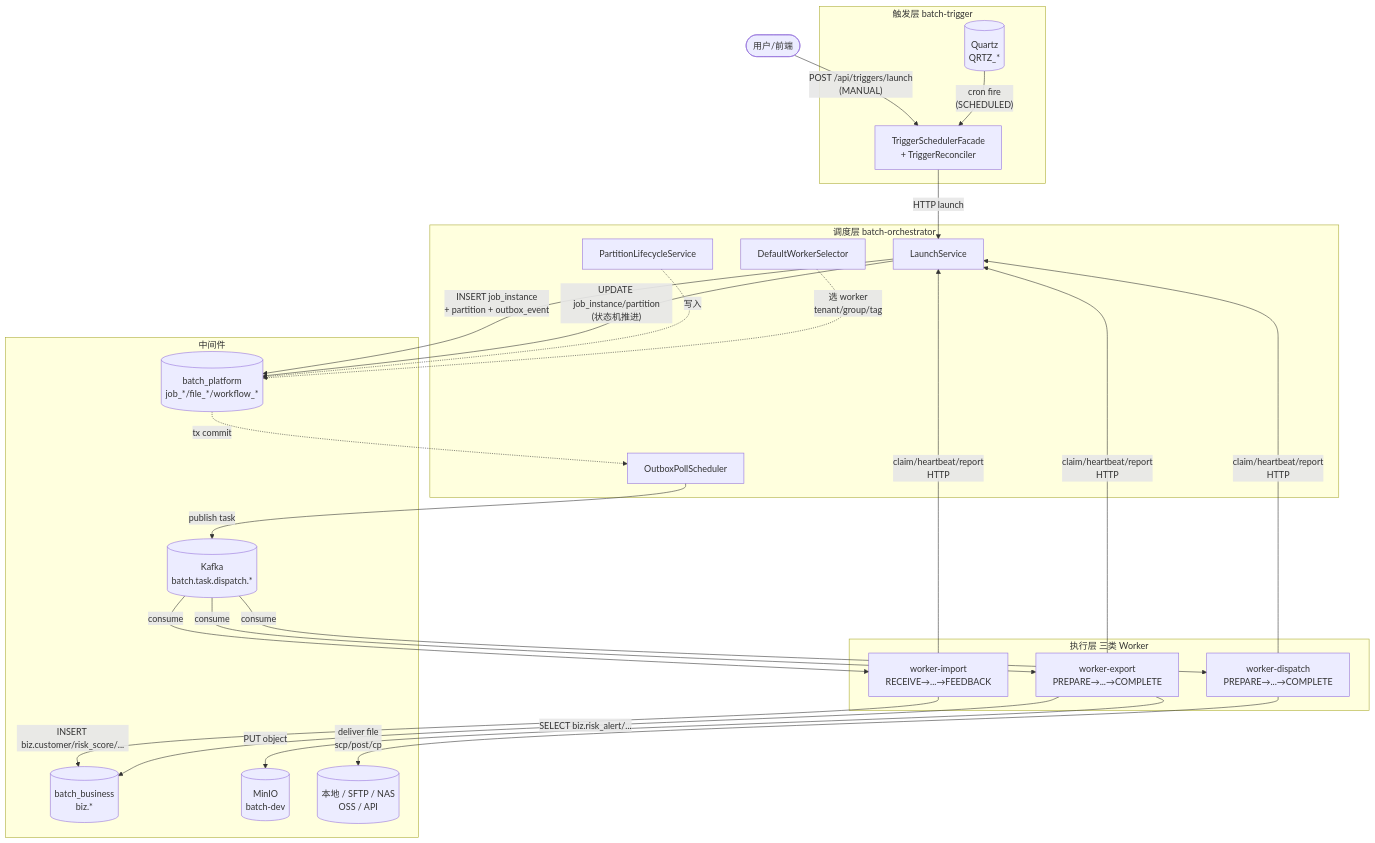
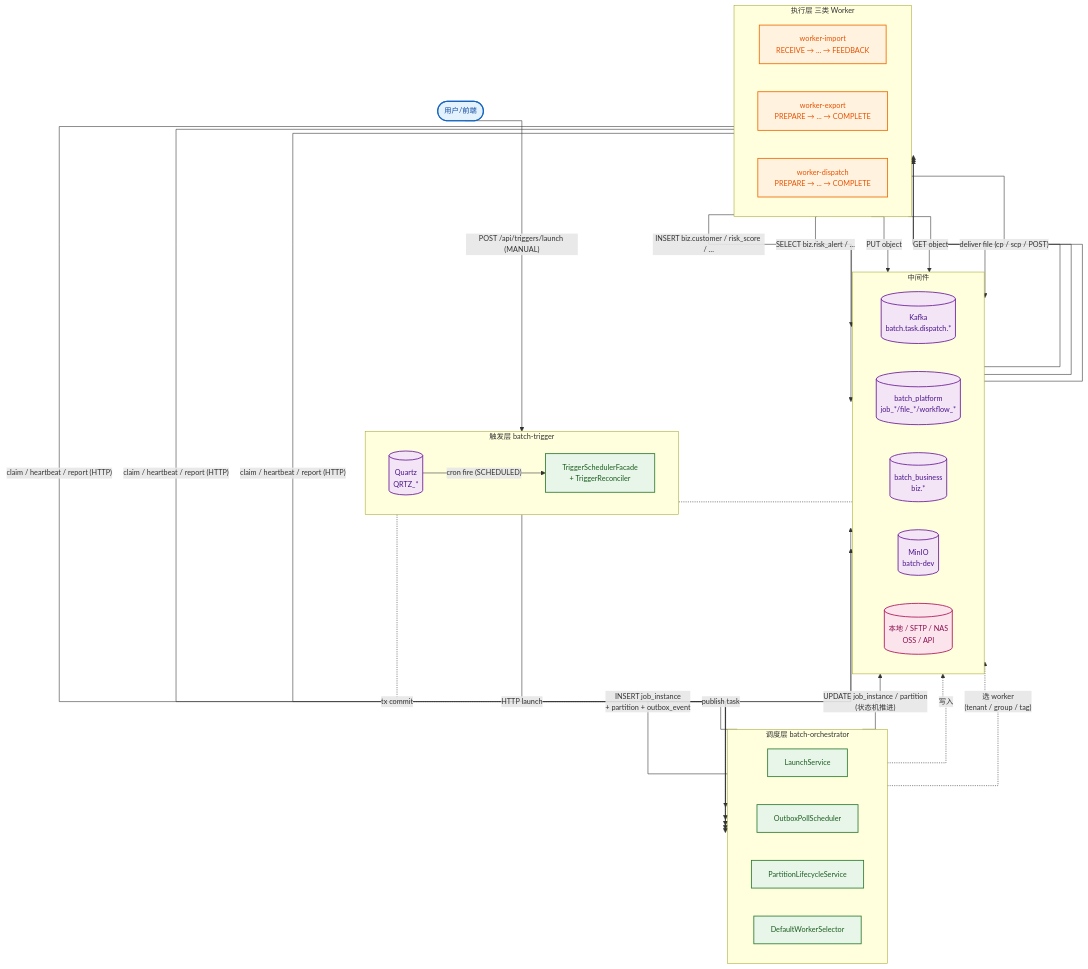
The first of 10 diagrams in docs/architecture/system-flow-overview.md (pinpols/file-batch-system), drawn with Mermaid before and after one commit. The commit also changed other lines of this file, not shown here.

Commit message:
docs(architecture): system-flow §1 总览图美化（直角折线 + 配色）
把 §1 那张 mermaid flowchart 调成更易读的版本：

- 连线风格：默认曲线 (basis) -> 直角折线 (curve: stepAfter)，更工程图风格
- 节点配色：按角色分 5 类 classDef
  · user (蓝): 用户/前端入口
  · svc (绿): 触发/调度服务
  · worker (橙): 三类执行 worker
  · store (紫): Kafka / DB / MinIO 等内部存储
  · extern (粉): 本地/SFTP/NAS/OSS/API 外部 target
- 字号 13px、节点间距 50px、层间距 60px，整体更紧凑可读
- 4 个 subgraph (触发层/调度层/中间件/执行层) 内部用 direction LR 把同类节点摆在
  一行，整图层次更清楚
- 边按用途分组（触发链路 / outbox 落库 / Kafka 分发 / Worker 上报 / 数据落地），
  注释分割提升可维护性
- 顺手补一条 worker-dispatch 从 MinIO GET 的反向边（之前漏画）
- worker label 中的 → 用双引号包起来，避开 mermaid linter 误报

§2 stage 流程图里 R3 的 label 同样加引号修 linter 报错。

````diff
--- a/docs/architecture/system-flow-overview.md
+++ b/docs/architecture/system-flow-overview.md
@@ -10,51 +10,71 @@
 ```mermaid
+%%{init: {'flowchart': {'curve': 'stepAfter', 'nodeSpacing': 50, 'rankSpacing': 60, 'htmlLabels': true}, 'themeVariables': {'fontSize': '13px'}}}%%
 flowchart TB
+  USER([用户/前端]):::user
+
   subgraph 触发层 [触发层 batch-trigger]
-    Q[(Quartz<br/>QRTZ_*)]
-    T[TriggerSchedulerFacade<br/>+ TriggerReconciler]
+    direction LR
+    Q[(Quartz<br/>QRTZ_*)]:::store
+    T[TriggerSchedulerFacade<br/>+ TriggerReconciler]:::svc
   end
 
   subgraph 调度层 [调度层 batch-orchestrator]
-    LS[LaunchService]
-    OUT[OutboxPollScheduler]
-    PA[PartitionLifecycleService]
-    SEL[DefaultWorkerSelector]
+    direction LR
+    LS[LaunchService]:::svc
+    OUT[OutboxPollScheduler]:::svc
+    PA[PartitionLifecycleService]:::svc
+    SEL[DefaultWorkerSelector]:::svc
+  end
+
+  subgraph 中间件 [中间件]
+    direction LR
+    K[(Kafka<br/>batch.task.dispatch.*)]:::store
+    P[(batch_platform<br/>job_*/file_*/workflow_*)]:::store
+    BIZ[(batch_business<br/>biz.*)]:::store
+    M[(MinIO<br/>batch-dev)]:::store
+    FS[(本地 / SFTP / NAS<br/>OSS / API)]:::extern
   end
 
   subgraph 执行层 [执行层 三类 Worker]
-    WI[worker-import<br/>RECEIVE→...→FEEDBACK]
-    WE[worker-export<br/>PREPARE→...→COMPLETE]
-    WD[worker-dispatch<br/>PREPARE→...→COMPLETE]
+    direction LR
+    WI["worker-import<br/>RECEIVE → ... → FEEDBACK"]:::worker
+    WE["worker-export<br/>PREPARE → ... → COMPLETE"]:::worker
+    WD["worker-dispatch<br/>PREPARE → ... → COMPLETE"]:::worker
   end
 
-  subgraph 中间件
-    K[(Kafka<br/>batch.task.dispatch.*)]
-    P[(batch_platform<br/>job_*/file_*/workflow_*)]
-    BIZ[(batch_business<br/>biz.*)]
-    M[(MinIO<br/>batch-dev)]
-    FS[(本地 / SFTP / NAS<br/>OSS / API)]
-  end
+  %% ── 触发链路 ───────────────────────────
+  USER -- "POST /api/triggers/launch (MANUAL)" --> T
+  Q    -- "cron fire (SCHEDULED)"             --> T
+  T    -- "HTTP launch"                       --> LS
 
-  USER([用户/前端]) -- "POST /api/triggers/launch<br/>(MANUAL)" --> T
-  Q -- "cron fire<br/>(SCHEDULED)" --> T
-  T -- "HTTP launch" --> LS
-  LS -- "INSERT job_instance<br/>+ partition + outbox_event" --> P
-  P -. "tx commit" .-> OUT
-  OUT -- "publish task" --> K
-  K -- "consume" --> WI
-  K -- "consume" --> WE
-  K -- "consume" --> WD
+  %% ── 调度落库 + 出 outbox ────────────────
+  LS  -- "INSERT job_instance<br/>+ partition + outbox_event"     --> P
+  P   -. "tx commit"                                              .-> OUT
+  OUT -- "publish task"                                           --> K
 
-  WI -- "claim/heartbeat/report<br/>HTTP" --> LS
-  WE -- "claim/heartbeat/report<br/>HTTP" --> LS
-  WD -- "claim/heartbeat/report<br/>HTTP" --> LS
+  %% ── Kafka 分发到 worker ─────────────────
+  K --> WI
+  K --> WE
+  K --> WD
 
-  WI -- "INSERT biz.customer/risk_score/..." --> BIZ
-  WE -- "SELECT biz.risk_alert/..." --> BIZ
-  WE -- "PUT object" --> M
-  WD -- "deliver file<br/>scp/post/cp" --> FS
+  %% ── Worker 上报与状态推进 ───────────────
+  WI -- "claim / heartbeat / report (HTTP)" --> LS
+  WE -- "claim / heartbeat / report (HTTP)" --> LS
+  WD -- "claim / heartbeat / report (HTTP)" --> LS
+  LS -- "UPDATE job_instance / partition<br/>(状态机推进)" --> P
+  PA -. "写入" .-> P
+  SEL -. "选 worker<br/>(tenant / group / tag)" .-> P
 
-  LS -- "UPDATE job_instance/partition<br/>(状态机推进)" --> P
-  PA -. 写入 .-> P
-  SEL -. "选 worker<br/>tenant/group/tag" .-> P
+  %% ── Worker 数据落地 ─────────────────────
+  WI -- "INSERT biz.customer / risk_score / …" --> BIZ
+  WE -- "SELECT biz.risk_alert / …"            --> BIZ
+  WE -- "PUT object"                            --> M
+  WD -- "GET object"                            --> M
+  WD -- "deliver file (cp / scp / POST)"        --> FS
+
+  classDef user    fill:#e3f2fd,stroke:#1565c0,stroke-width:2px,color:#0d47a1;
+  classDef svc     fill:#e8f5e9,stroke:#2e7d32,stroke-width:1.5px,color:#1b5e20;
+  classDef worker  fill:#fff3e0,stroke:#ef6c00,stroke-width:1.5px,color:#e65100;
+  classDef store   fill:#f3e5f5,stroke:#6a1b9a,stroke-width:1.5px,color:#4a148c;
+  classDef extern  fill:#fce4ec,stroke:#ad1457,stroke-width:1.5px,color:#880e4f;
 ```
````
